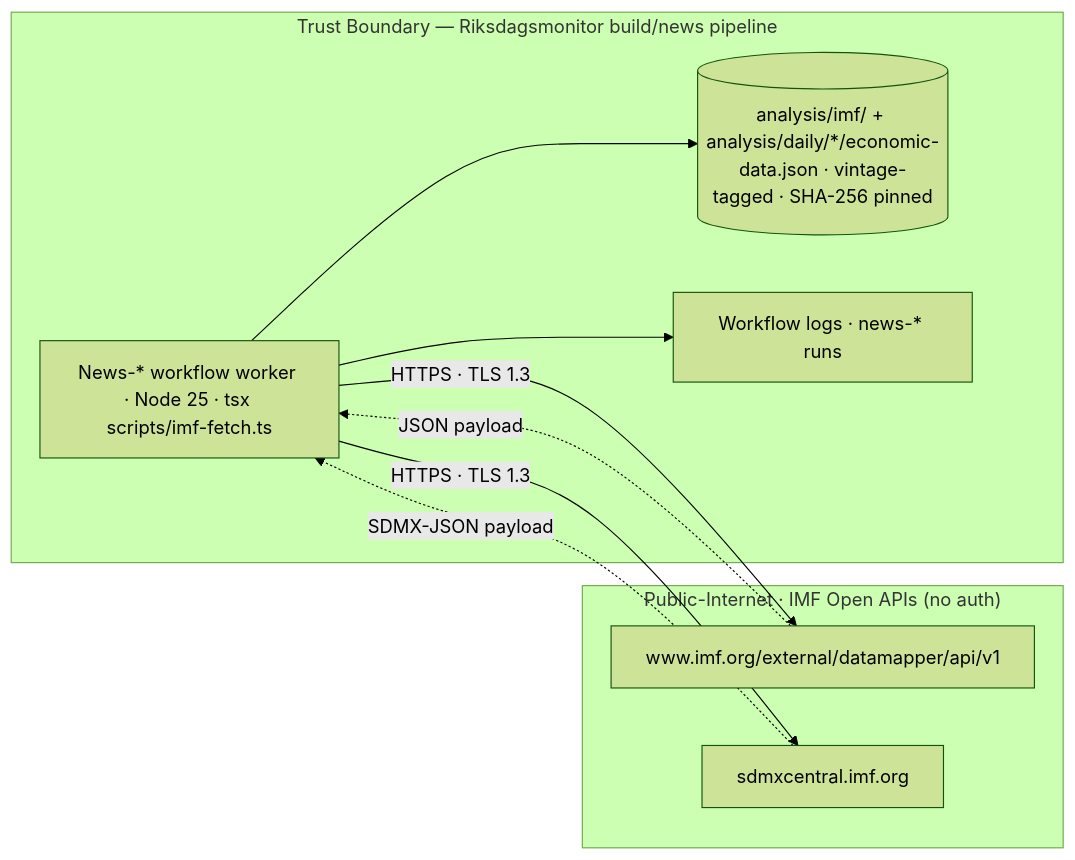
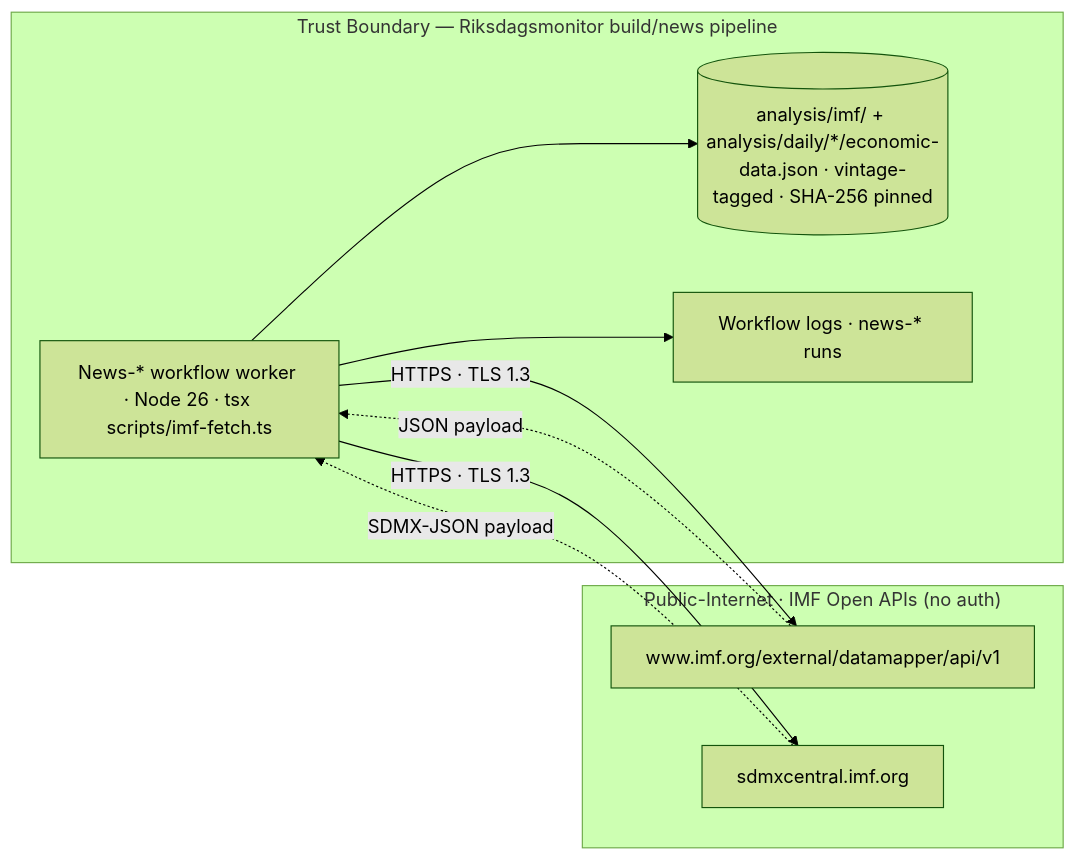
Before and after one commit to Hack23/riksdagsmonitor: the ninth of 9 diagrams in SECURITY_ARCHITECTURE.md, drawn with Mermaid (forest theme). The commit also changed 53 other files, not shown here.

````diff
--- a/SECURITY_ARCHITECTURE.md
+++ b/SECURITY_ARCHITECTURE.md
@@ -3049,18 +3049,18 @@
 ```mermaid
 flowchart LR
     subgraph Trusted["Trust Boundary — Riksdagsmonitor build/news pipeline"]
-        Worker[News-* workflow worker · Node 25 · tsx scripts/imf-fetch.ts]
+        Worker[News-* workflow worker · Node 26 · tsx scripts/imf-fetch.ts]
         Cache[(analysis/imf/ + analysis/daily/*/economic-data.json · vintage-tagged · SHA-256 pinned)]
         Audit[Workflow logs · news-* runs]
     end
     subgraph Public["Public-Internet · IMF Open APIs (no auth)"]
         Datamapper[www.imf.org/external/datamapper/api/v1]
         SDMX[sdmxcentral.imf.org]
     end
     Worker -- HTTPS · TLS 1.3 --> Datamapper
     Worker -- HTTPS · TLS 1.3 --> SDMX
     Datamapper -. JSON payload .-> Worker
     SDMX -. SDMX-JSON payload .-> Worker
     Worker --> Cache
     Worker --> Audit
 ```
````
